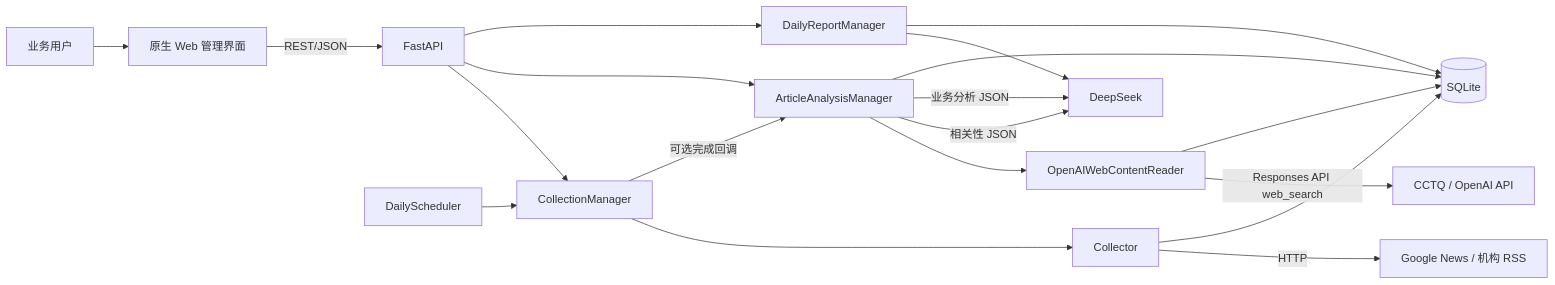
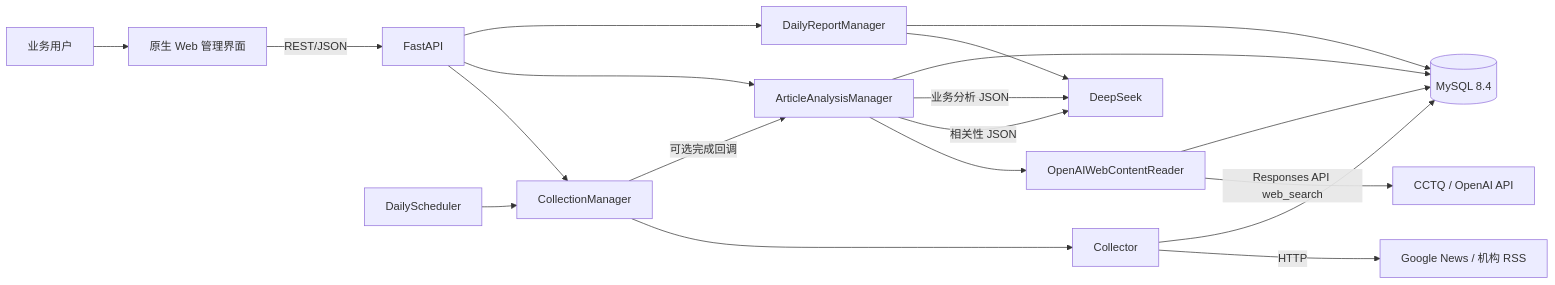
One commit to shiye1213/intco-rss-collector changed the first of 6 diagrams in docs/technical-design.md. Above: the diagram before and after it, drawn with Mermaid. The commit also changed other lines of this file and 20 other files, not shown here.

````diff
--- a/docs/technical-design.md
+++ b/docs/technical-design.md
@@ -75,23 +75,23 @@
 ```mermaid
 flowchart LR
     User["业务用户"] --> UI["原生 Web 管理界面"]
     UI -->|"REST/JSON"| API["FastAPI"]
     Scheduler["DailyScheduler"] --> Collection["CollectionManager"]
     API --> Collection
     Collection --> Collector["Collector"]
     Collector -->|"HTTP"| Feeds["Google News / 机构 RSS"]
-    Collector --> DB[("SQLite")]
+    Collector --> DB[("MySQL 8.4")]
 
     Collection -->|"可选完成回调"| Pipeline["ArticleAnalysisManager"]
     API --> Pipeline
     Pipeline --> Reader["OpenAIWebContentReader"]
     Reader -->|"Responses API web_search"| OpenAI["CCTQ / OpenAI API"]
     Reader --> DB
     Pipeline -->|"相关性 JSON"| DeepSeek
     Pipeline -->|"业务分析 JSON"| DeepSeek
     Pipeline --> DB
 
     API --> Report["DailyReportManager"]
     Report --> DeepSeek
     Report --> DB
 ```
````
